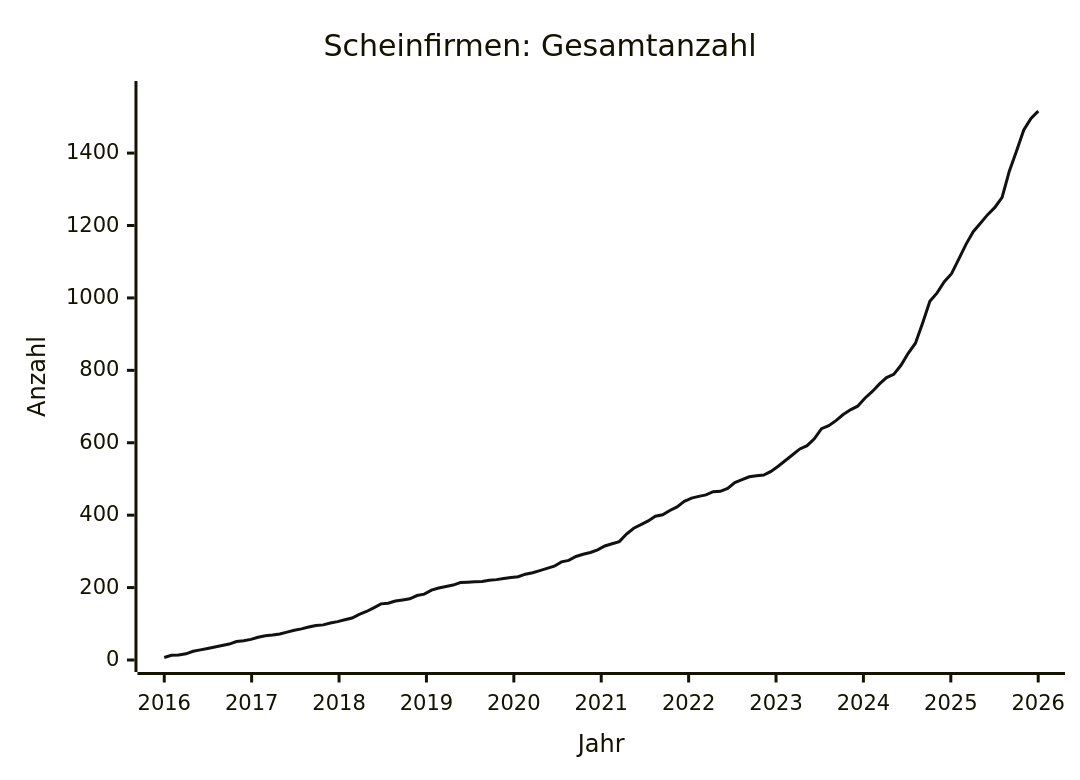
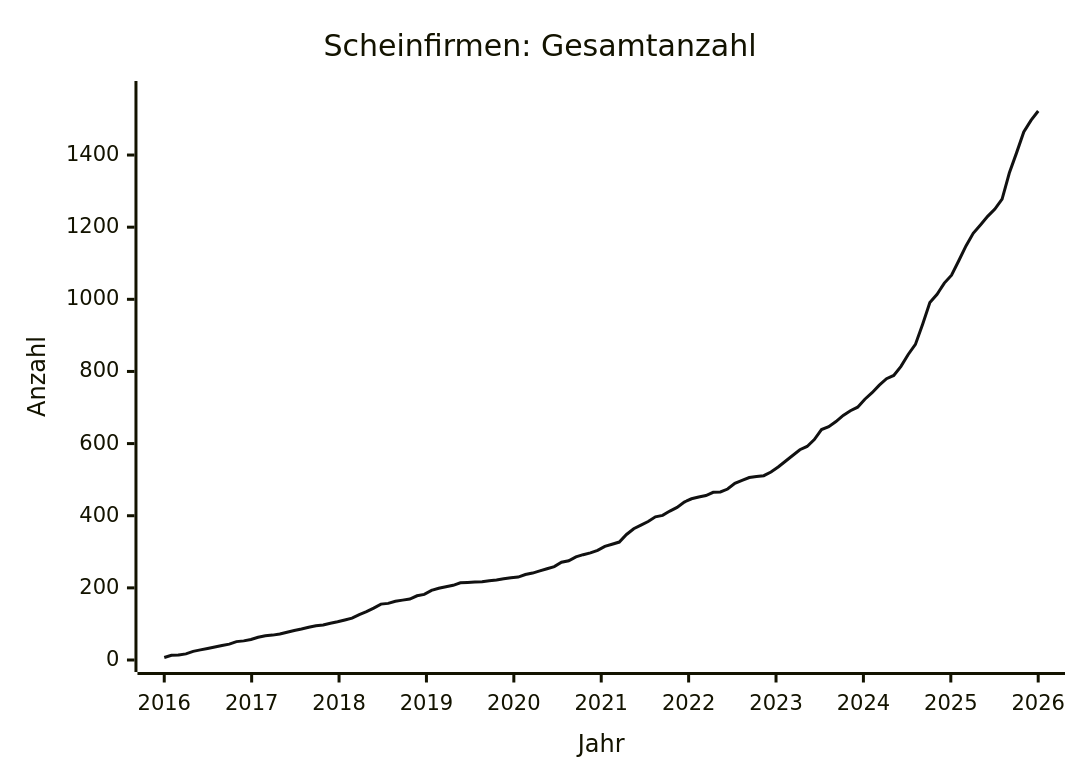
One commit to arjoma/scheinfirmen-at changed the diagram in data/STATS.md. Above: the diagram before and after it, drawn with Mermaid. The commit also changed other lines of this file and 3 other files, not shown here.

````diff
--- a/data/STATS.md
+++ b/data/STATS.md
@@ -9,13 +9,13 @@
 ```mermaid
 ---
 config:
   themeVariables:
     xyChart:
       plotColorPalette: "#111111"
 ---
 xychart-beta
     title "Scheinfirmen: Gesamtanzahl"
     x-axis "Jahr" 2016 --> 2026
-    y-axis "Anzahl" 0 --> 1566
-    line [7, 13, 14, 17, 24, 28, 32, 36, 40, 44, 51, 53, 57, 63, 67, 69, 72, 77, 82, 86, 91, 95, 97, 102, 106, 111, 116, 126, 134, 144, 155, 157, 163, 166, 169, 178, 182, 193, 199, 203, 207, 214, 215, 216, 217, 220, 222, 225, 228, 230, 237, 241, 247, 253, 259, 271, 275, 286, 292, 297, 304, 315, 321, 327, 348, 364, 374, 384, 397, 401, 413, 423, 438, 447, 452, 456, 465, 466, 474, 490, 498, 506, 509, 511, 521, 535, 551, 567, 583, 592, 611, 639, 647, 661, 678, 691, 701, 723, 741, 762, 780, 789, 814, 847, 875, 931, 991, 1014, 1045, 1067, 1107, 1148, 1183, 1206, 1230, 1250, 1278, 1350, 1406, 1464, 1496, 1516]
+    y-axis "Anzahl" 0 --> 1572
+    line [7, 13, 14, 17, 24, 28, 32, 36, 40, 44, 51, 53, 57, 63, 67, 69, 72, 77, 82, 86, 91, 95, 97, 102, 106, 111, 116, 126, 134, 144, 155, 157, 163, 166, 169, 178, 182, 193, 199, 203, 207, 214, 215, 216, 217, 220, 222, 225, 228, 230, 237, 241, 247, 253, 259, 271, 275, 286, 292, 297, 304, 315, 321, 327, 348, 364, 374, 384, 397, 401, 413, 423, 438, 447, 452, 456, 465, 466, 474, 490, 498, 506, 509, 511, 521, 535, 551, 567, 583, 592, 611, 639, 647, 661, 678, 691, 701, 723, 741, 762, 780, 789, 814, 847, 875, 931, 991, 1014, 1045, 1067, 1107, 1148, 1183, 1206, 1230, 1250, 1278, 1350, 1406, 1464, 1496, 1522]
 ```
````
